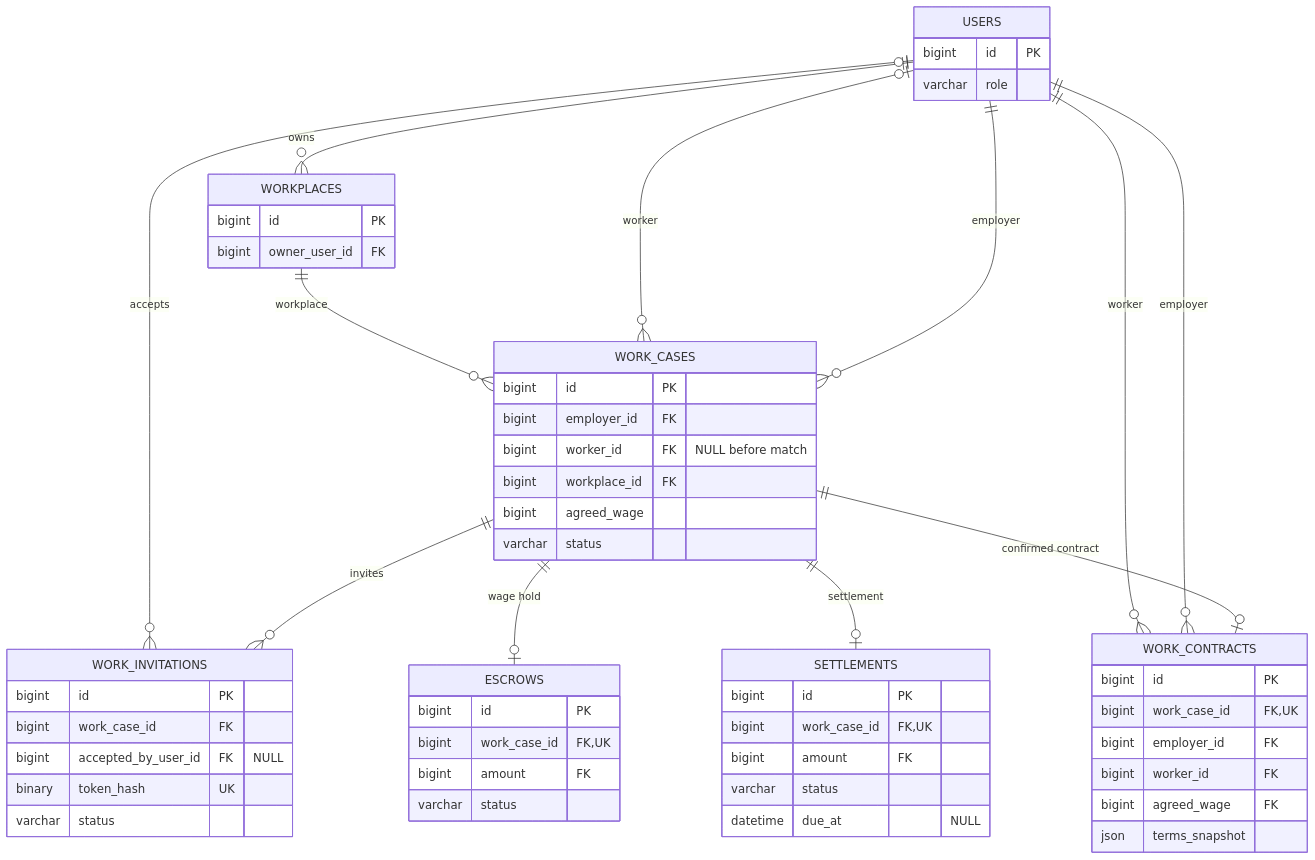
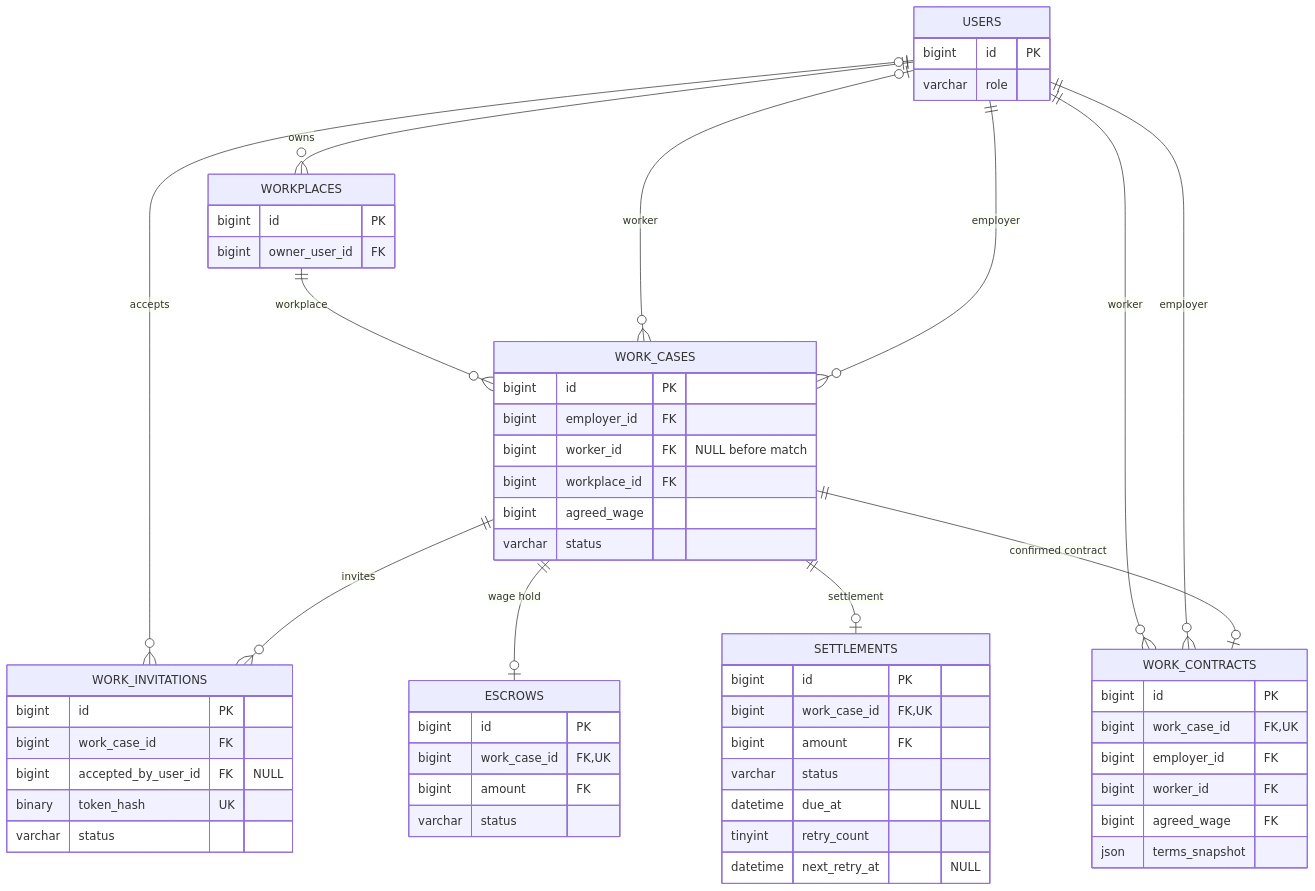
One commit to KB-24-2-GigHub/KB-PJT-24-2 changed the third of 6 diagrams in docs/DATABASE_SCHEMA_ERD.md. Above: the diagram before and after it, drawn with Mermaid. The commit also changed other lines of this file and 13 other files, not shown here.

Commit message:
chore: [DB] 정산 재시도·환불 lifecycle Schema 반영 (#171)

````diff
--- a/docs/DATABASE_SCHEMA_ERD.md
+++ b/docs/DATABASE_SCHEMA_ERD.md
@@ -637,59 +644,61 @@
 ```mermaid
 erDiagram
     USERS {
         bigint id PK
         varchar role
     }
     WORKPLACES {
         bigint id PK
         bigint owner_user_id FK
     }
     WORK_CASES {
         bigint id PK
         bigint employer_id FK
         bigint worker_id FK "NULL before match"
         bigint workplace_id FK
         bigint agreed_wage
         varchar status
     }
     WORK_INVITATIONS {
         bigint id PK
         bigint work_case_id FK
         bigint accepted_by_user_id FK "NULL"
         binary token_hash UK
         varchar status
     }
     WORK_CONTRACTS {
         bigint id PK
         bigint work_case_id FK, UK
         bigint employer_id FK
         bigint worker_id FK
         bigint agreed_wage FK
         json terms_snapshot
     }
     ESCROWS {
         bigint id PK
         bigint work_case_id FK, UK
         bigint amount FK
         varchar status
     }
     SETTLEMENTS {
         bigint id PK
         bigint work_case_id FK, UK
         bigint amount FK
         varchar status
         datetime due_at "NULL"
+        tinyint retry_count
+        datetime next_retry_at "NULL"
     }
 
     USERS ||--o{ WORKPLACES : "owns"
     USERS ||--o{ WORK_CASES : "employer"
     USERS o|--o{ WORK_CASES : "worker"
     WORKPLACES ||--o{ WORK_CASES : "workplace"
     WORK_CASES ||--o{ WORK_INVITATIONS : "invites"
     USERS o|--o{ WORK_INVITATIONS : "accepts"
     WORK_CASES ||--o| WORK_CONTRACTS : "confirmed contract"
     USERS ||--o{ WORK_CONTRACTS : "employer"
     USERS ||--o{ WORK_CONTRACTS : "worker"
     WORK_CASES ||--o| ESCROWS : "wage hold"
     WORK_CASES ||--o| SETTLEMENTS : "settlement"
 ```
````
